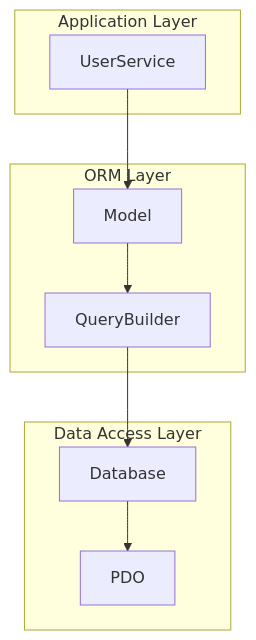
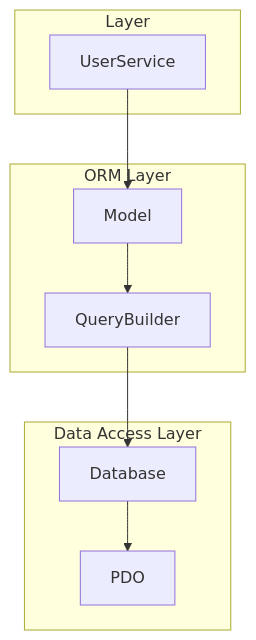
One commit to andrfilipenk/new changed the second of 7 diagrams in .qoder/repowiki/en/content/Examples/Database Usage Examples.md. Above: the diagram before and after it, drawn with Mermaid. The commit also changed other lines of this file and 44 other files, not shown here.

````diff
--- a/.qoder/repowiki/en/content/Examples/Database Usage Examples.md
+++ b/.qoder/repowiki/en/content/Examples/Database Usage Examples.md
@@ -62,18 +62,18 @@
 ```mermaid
 graph TB
-subgraph "Application Layer"
+subgraph " Layer"
 A[UserService]
 end
 subgraph "ORM Layer"
 B[Model]
 C[QueryBuilder]
 end
 subgraph "Data Access Layer"
 D[Database]
 E[PDO]
 end
 A --> B
 B --> C
 C --> D
 D --> E
 ```
````
